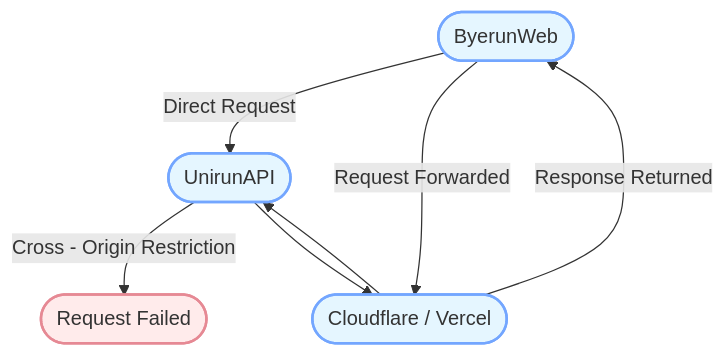
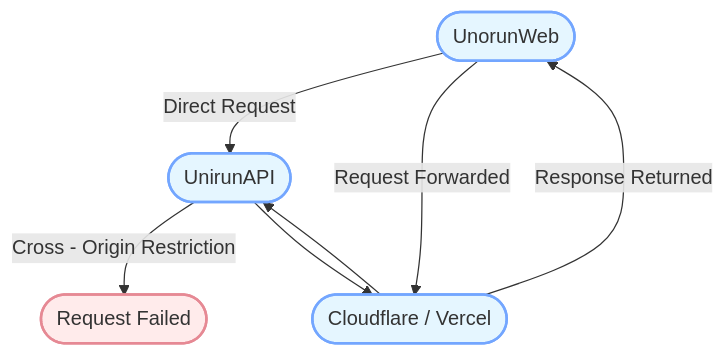
The diagram in README.md (yanyaoli/byerun-web), drawn with Mermaid before and after one commit. The commit also changed other lines of this file and 4 other files, not shown here.

Commit message:
🔧 chore: 更新了地图数据 :)

````diff
--- a/README.md
+++ b/README.md
@@ -86,21 +82,21 @@
 ```mermaid
 graph TD;
 
     classDef process fill:#E5F6FF,stroke:#73A6FF,stroke-width:2px;
 
     classDef error fill:#FFEBEB,stroke:#E68994,stroke-width:2px;
 
 
 
-    A([ByerunWeb]):::process -->|Direct Request| U([UnirunAPI]):::process
+    A([UnorunWeb]):::process -->|Direct Request| U([UnirunAPI]):::process
 
     U --> |Cross - Origin Restriction| E([Request Failed]):::error
 
     A -->|Request Forwarded | C([Cloudflare / Vercel]):::process
 
     C --> U
 
     U --> C
 
     C --> |Response Returned| A
 ```
````
